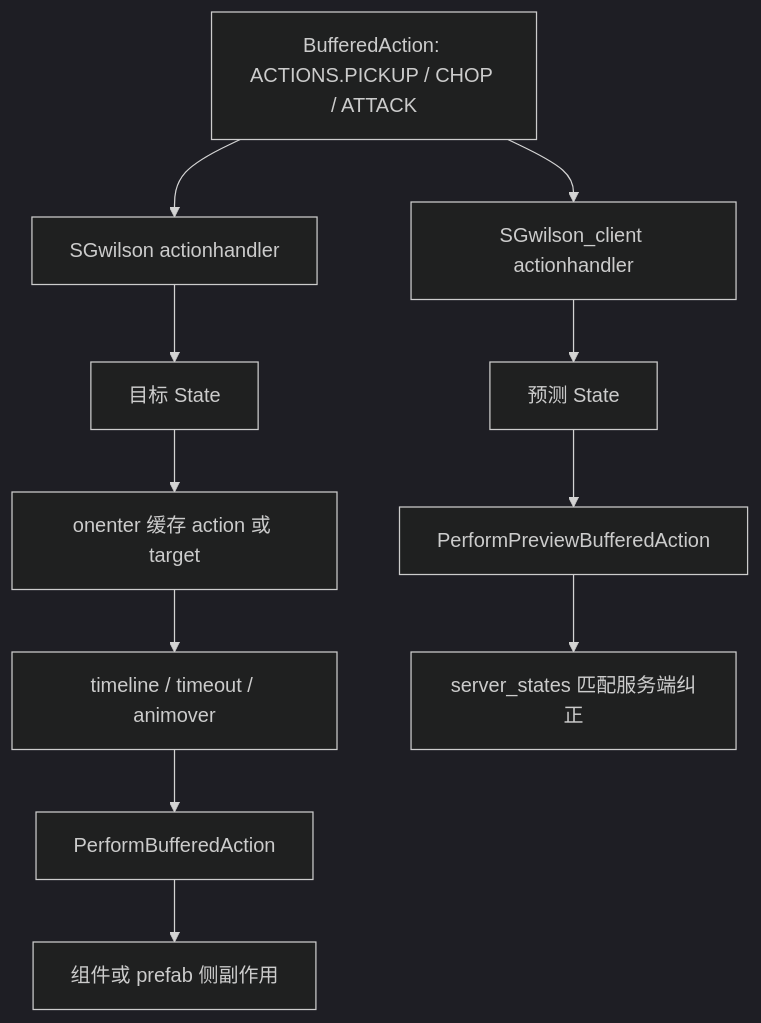
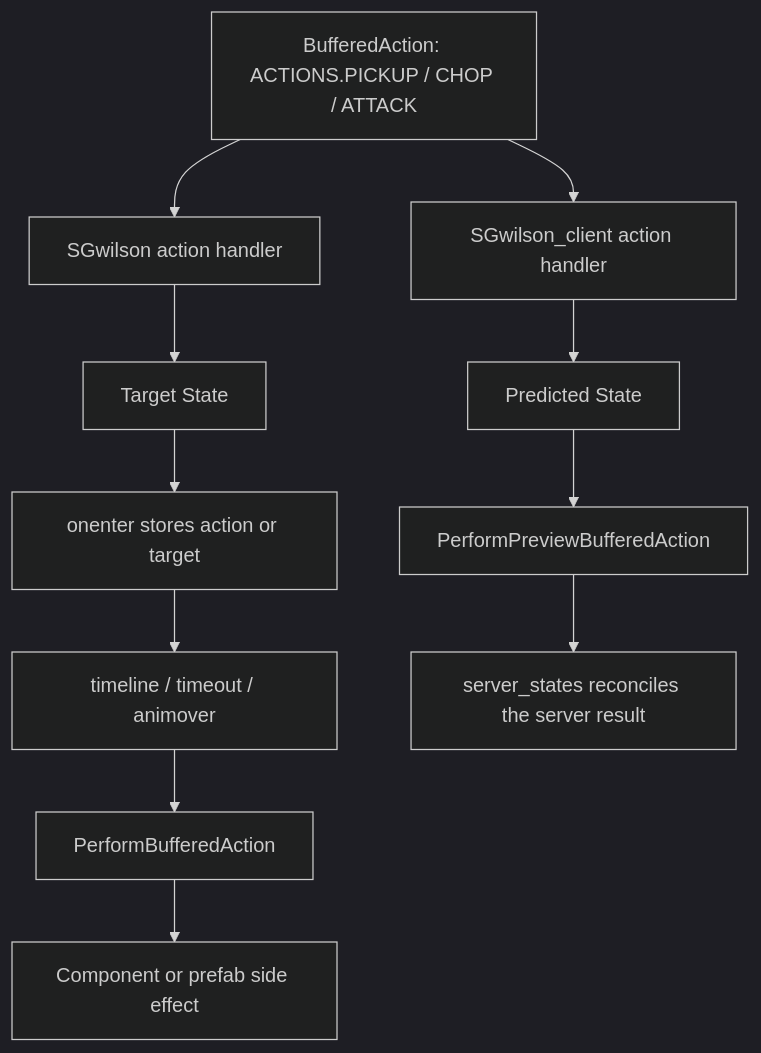
The diagram in dst-scripts/index/0x4000-ai-animation/0x4100-stategraph/0x4103-sgwilson.md (LetsStarveTogether/dst-server), drawn with Mermaid (dark theme) before and after one commit. The commit also changed other lines of this file and 83 other files, not shown here.

```diff
--- a/dst-scripts/index/0x4000-ai-animation/0x4100-stategraph/0x4103-sgwilson.md
+++ b/dst-scripts/index/0x4000-ai-animation/0x4100-stategraph/0x4103-sgwilson.md
@@ -40,14 +40,14 @@
 ~~~mermaid
 flowchart TD
     A["BufferedAction: ACTIONS.PICKUP / CHOP / ATTACK"]
-    A --> B["SGwilson actionhandler"]
-    B --> C["目标 State"]
-    C --> D["onenter 缓存 action 或 target"]
+    A --> B["SGwilson action handler"]
+    B --> C["Target State"]
+    C --> D["onenter stores action or target"]
     D --> E["timeline / timeout / animover"]
     E --> F["PerformBufferedAction"]
-    F --> G["组件或 prefab 侧副作用"]
-    A --> H["SGwilson_client actionhandler"]
-    H --> I["预测 State"]
+    F --> G["Component or prefab side effect"]
+    A --> H["SGwilson_client action handler"]
+    H --> I["Predicted State"]
     I --> J["PerformPreviewBufferedAction"]
-    J --> K["server_states 匹配服务端纠正"]
+    J --> K["server_states reconciles the server result"]
 ~~~
```
